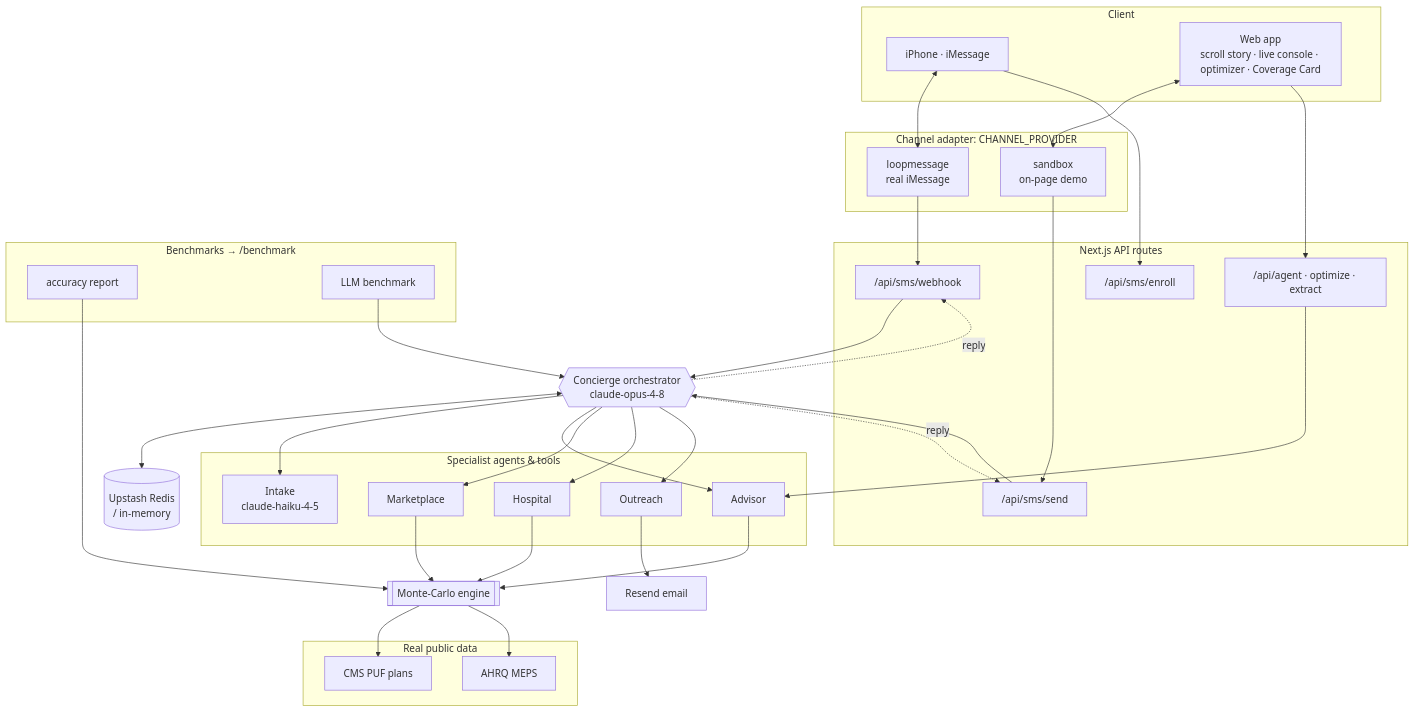
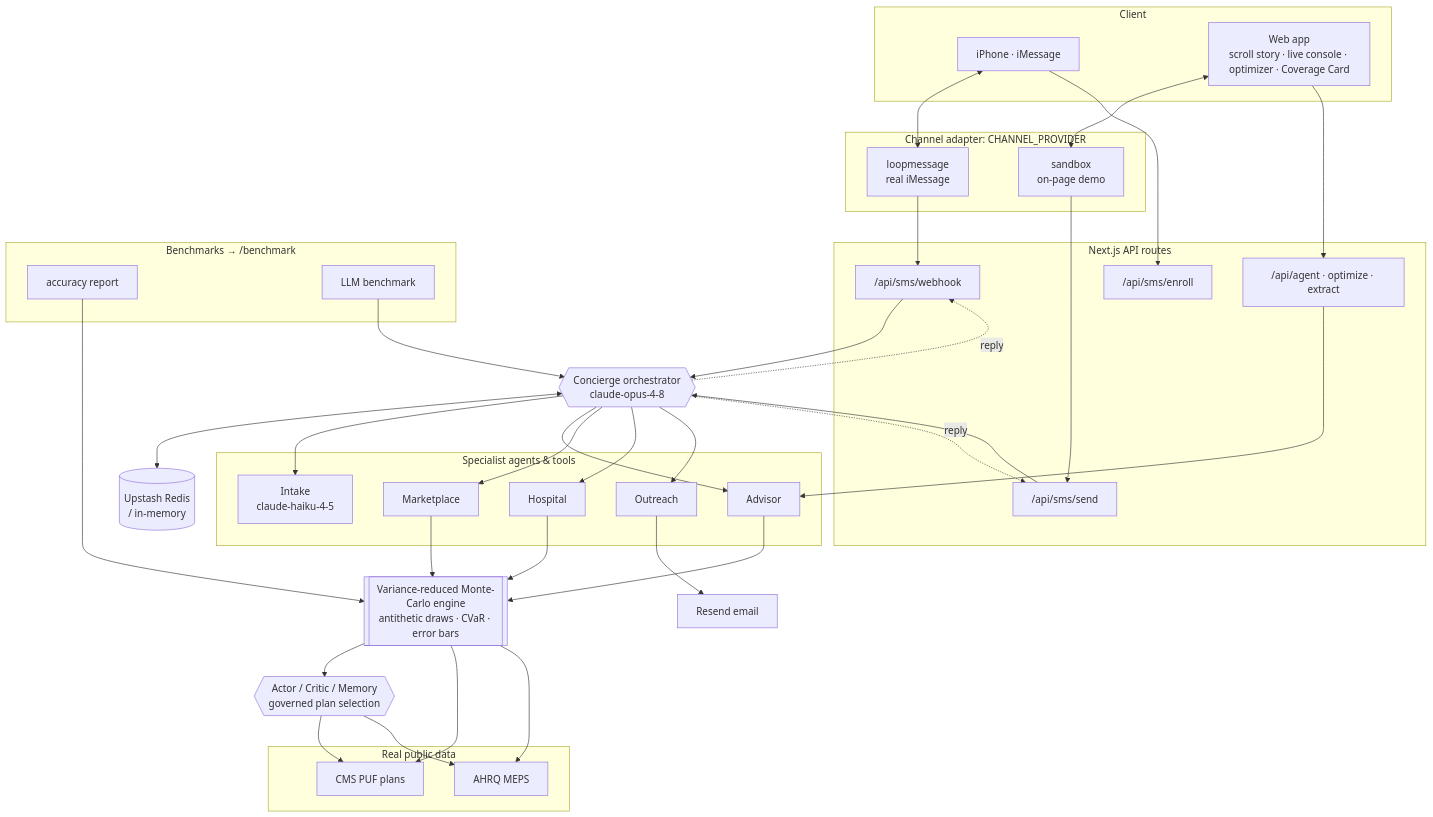
The third of 3 diagrams in README.md (aravinds-kannappan/Covera), drawn with Mermaid before and after one commit. The commit also changed other lines of this file and 50 other files, not shown here.

First line of the commit message:
Scale past plain Monte-Carlo: variance-reduced sim, actor/critic governance, curated shortlist, all 30 FFM states

````diff
--- a/README.md
+++ b/README.md
@@ -64,64 +114,67 @@
 ```mermaid
 flowchart TB
   subgraph client["Client"]
     PHONE["iPhone · iMessage"]
     WEBUI["Web app<br/>scroll story · live console · optimizer · Coverage Card"]
   end
 
   subgraph channel["Channel adapter: CHANNEL_PROVIDER"]
     LOOP["loopmessage<br/>real iMessage"]
     SAND["sandbox<br/>on-page demo"]
   end
 
   subgraph api["Next.js API routes"]
     ENROLL["/api/sms/enroll"]
     HOOK["/api/sms/webhook"]
     SENDR["/api/sms/send"]
     INAPP["/api/agent · optimize · extract"]
   end
 
   ORCH{{"Concierge orchestrator<br/>claude-opus-4-8"}}
 
   subgraph agents["Specialist agents & tools"]
     INTAKE["Intake<br/>claude-haiku-4-5"]
     ADVISOR["Advisor"]
     MARKET["Marketplace"]
     HOSP["Hospital"]
     OUTR["Outreach"]
   end
 
-  SIM[["Monte-Carlo engine"]]
+  SIM[["Variance-reduced Monte-Carlo engine<br/>antithetic draws · CVaR · error bars"]]
+  GOV{{"Actor / Critic / Memory<br/>governed plan selection"}}
   STORE[("Upstash Redis<br/>/ in-memory")]
   EMAIL["Resend email"]
 
   subgraph data["Real public data"]
     CMS["CMS PUF plans"]
     MEPS["AHRQ MEPS"]
   end
 
   subgraph bench["Benchmarks → /benchmark"]
     ACC["accuracy report"]
     LLMB["LLM benchmark"]
   end
 
   PHONE <--> LOOP
   WEBUI <--> SAND
   WEBUI --> INAPP
   PHONE --> ENROLL
   LOOP --> HOOK
   SAND --> SENDR
 
   HOOK --> ORCH
   SENDR --> ORCH
   INAPP --> ADVISOR
   ORCH <--> STORE
   ORCH --> INTAKE & ADVISOR & MARKET & HOSP & OUTR
   ADVISOR --> SIM
   MARKET --> SIM
   HOSP --> SIM
   OUTR --> EMAIL
+  SIM --> GOV
+  GOV --> CMS & MEPS
   SIM --> CMS & MEPS
   ORCH -. reply .-> HOOK & SENDR
   ACC --> SIM
   LLMB --> ORCH
 ```
````
